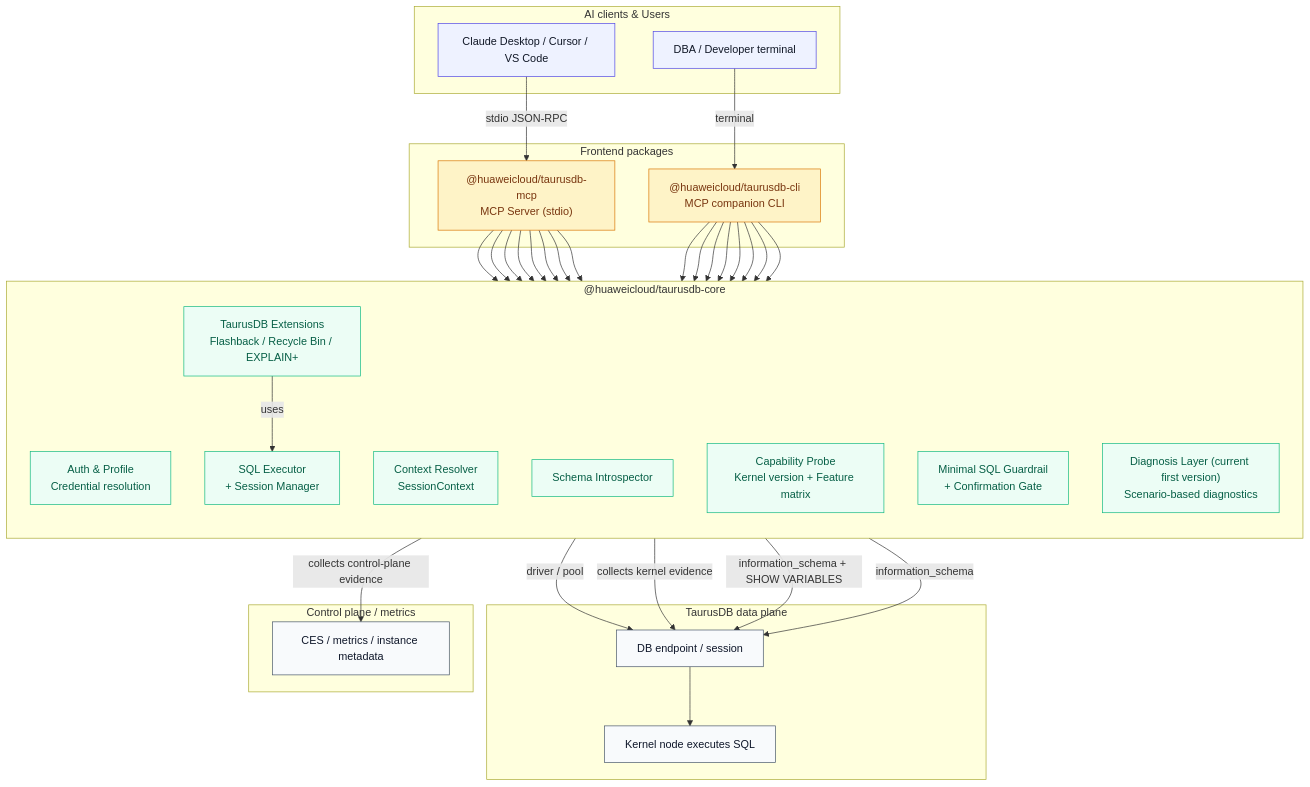
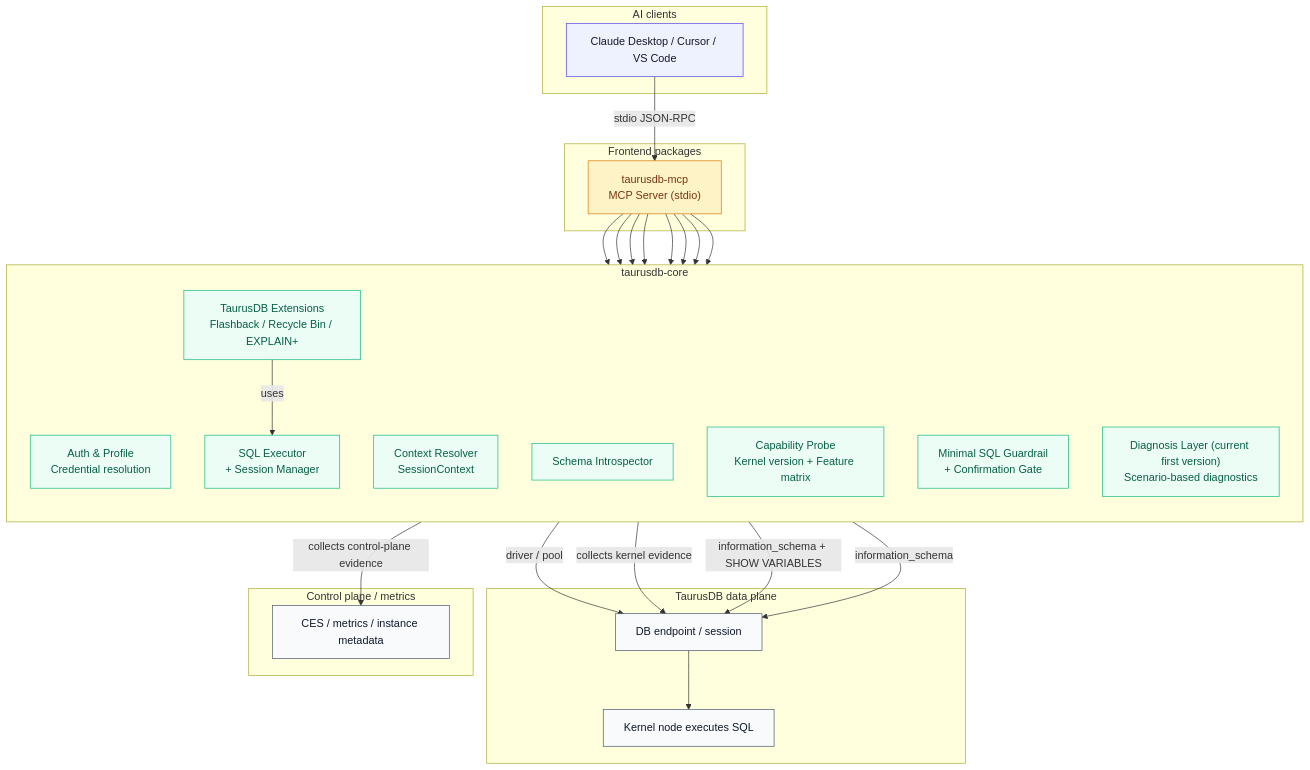
The first of 5 diagrams in docs/architecture.md (youweichen0208/taurus-mcp-server), drawn with Mermaid before and after one commit. The commit also changed other lines of this file and 34 other files, not shown here.

````diff
--- a/docs/architecture.md
+++ b/docs/architecture.md
@@ -172,66 +107,53 @@
 ```mermaid
 flowchart TB
   classDef client fill:#EEF2FF,stroke:#4F46E5,color:#111827;
   classDef frontend fill:#FEF3C7,stroke:#D97706,color:#78350F;
   classDef core fill:#ECFDF5,stroke:#10B981,color:#065F46;
   classDef data fill:#F8FAFC,stroke:#475569,color:#0F172A;
 
-  subgraph Clients["AI clients & Users"]
+  subgraph Clients["AI clients"]
     C1["Claude Desktop / Cursor / VS Code"]:::client
-    C2["DBA / Developer terminal"]:::client
   end
 
   subgraph Frontends["Frontend packages"]
-    MCP["@huaweicloud/taurusdb-mcp<br/>MCP Server (stdio)"]:::frontend
-    CLI["@huaweicloud/taurusdb-cli<br/>MCP companion CLI"]:::frontend
+    MCP["taurusdb-mcp<br/>MCP Server (stdio)"]:::frontend
   end
 
-  subgraph Core["@huaweicloud/taurusdb-core"]
+  subgraph Core["taurusdb-core"]
     direction TB
     AUTH["Auth & Profile<br/>Credential resolution"]:::core
     CTX["Context Resolver<br/>SessionContext"]:::core
     SCH["Schema Introspector"]:::core
     CAP["Capability Probe<br/>Kernel version + Feature matrix"]:::core
     SAFE["Minimal SQL Guardrail<br/>+ Confirmation Gate"]:::core
     EXEC["SQL Executor<br/>+ Session Manager"]:::core
     TAURUS["TaurusDB Extensions<br/>Flashback / Recycle Bin / EXPLAIN+"]:::core
     DIAG["Diagnosis Layer (current first version)<br/>Scenario-based diagnostics"]:::core
   end
 
   subgraph DataPlane["TaurusDB data plane"]
     DB["DB endpoint / session"]:::data
     KERNEL["Kernel node executes SQL"]:::data
   end
 
   subgraph ControlPlane["Control plane / metrics"]
     METRICS["CES / metrics / instance metadata"]:::data
   end
 
   C1 -->|"stdio JSON-RPC"| MCP
-  C2 -->|"terminal"| CLI
-
   MCP --> AUTH
   MCP --> CTX
   MCP --> SCH
   MCP --> CAP
   MCP --> SAFE
   MCP --> EXEC
   MCP --> TAURUS
   MCP --> DIAG
 
-  CLI --> AUTH
-  CLI --> CTX
-  CLI --> SCH
-  CLI --> CAP
-  CLI --> SAFE
-  CLI --> EXEC
-  CLI --> TAURUS
-  CLI --> DIAG
-
   EXEC -->|"driver / pool"| DB --> KERNEL
   TAURUS -->|"uses"| EXEC
   DIAG -->|"collects kernel evidence"| DB
   DIAG -->|"collects control-plane evidence"| METRICS
   CAP -->|"information_schema + SHOW VARIABLES"| DB
   SCH -->|"information_schema"| DB
 ```
````
